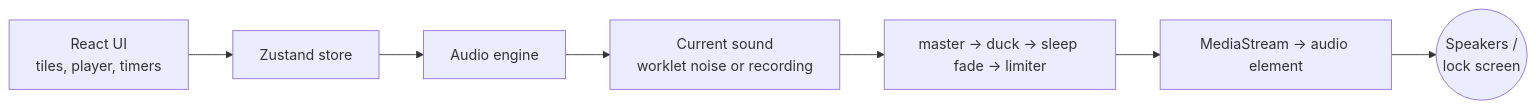
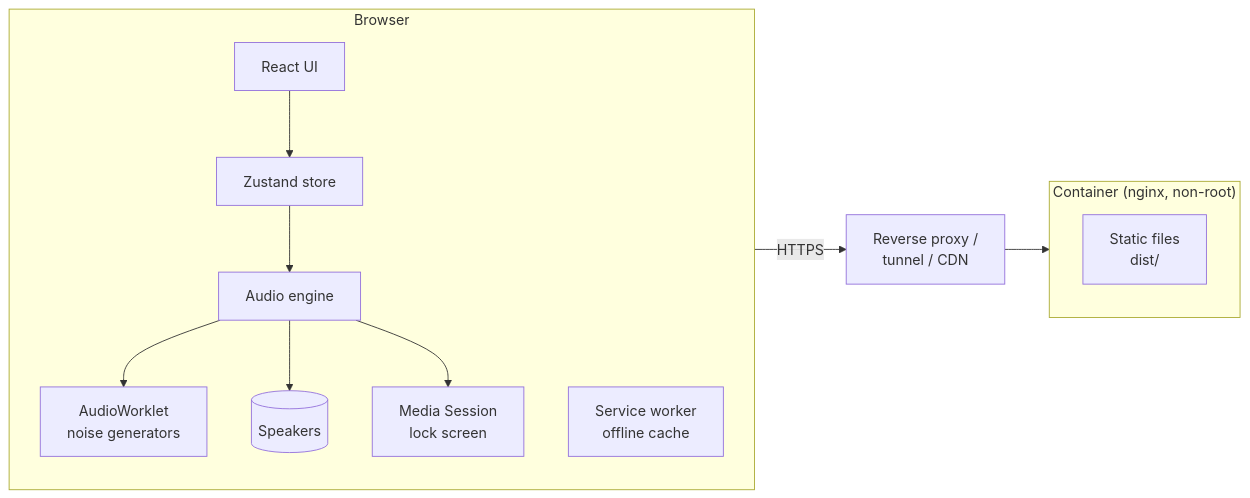
Before and after one commit to johnpranoy7/white-noise: the first of 10 diagrams in docs/DESIGN.md, drawn with Mermaid. The commit also changed other lines of this file and 14 other files, not shown here.

````diff
--- a/docs/DESIGN.md
+++ b/docs/DESIGN.md
@@ -13,9 +33,15 @@
 ```mermaid
 flowchart LR
-  UI[React UI<br/>tiles, player, timers] --> Store[Zustand store]
-  Store --> Engine[Audio engine]
-  Engine --> Layer[Current sound<br/>worklet noise or recording]
-  Layer --> Graph[master → duck → sleep fade → limiter]
-  Graph --> Out[MediaStream → audio element]
-  Out --> Speakers((Speakers /<br/>lock screen))
+  subgraph Browser
+    UI[React UI] --> Store[Zustand store]
+    Store --> Engine[Audio engine]
+    Engine --> Worklet[AudioWorklet<br/>noise generators]
+    Engine --> Out[(Speakers)]
+    Engine --> MS[Media Session<br/>lock screen]
+    SW[Service worker<br/>offline cache]
+  end
+  subgraph Container["Container (nginx, non-root)"]
+    Static[Static files<br/>dist/]
+  end
+  Browser -- HTTPS --> Proxy[Reverse proxy /<br/>tunnel / CDN] --> Container
 ```
````
